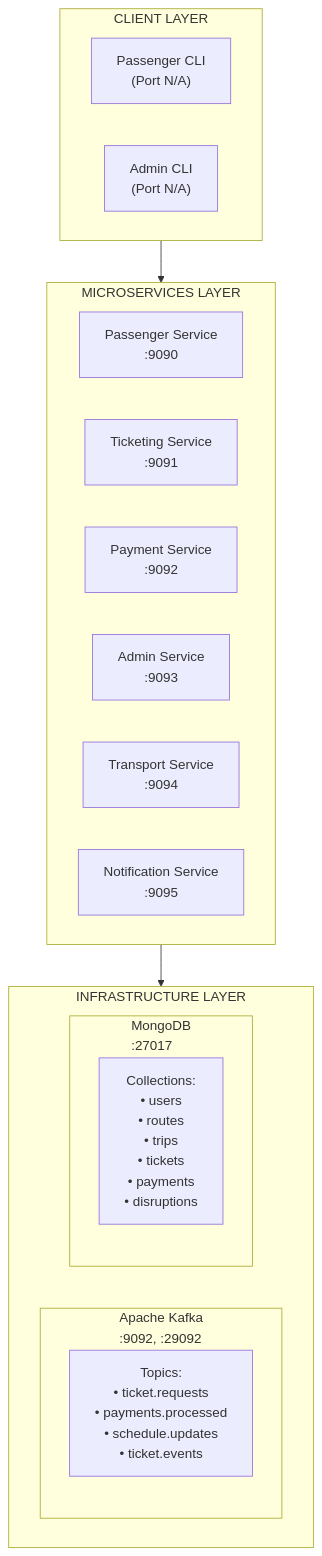
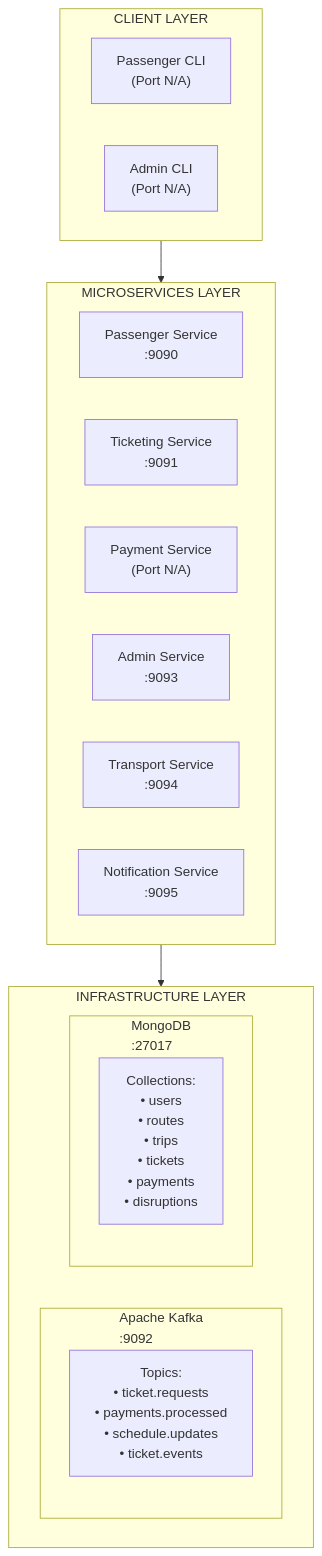
The diagram in Readme.md (SilvioIvanio/smart-ticketing-system), drawn with Mermaid before and after one commit.

````diff
--- a/Readme.md
+++ b/Readme.md
@@ -84,29 +84,29 @@
 ```mermaid
 graph TD
     subgraph CLIENT["CLIENT LAYER"]
         CLI1["Passenger CLI<br/>(Port N/A)"]
         CLI2["Admin CLI<br/>(Port N/A)"]
     end
 
     subgraph MICROSERVICES["MICROSERVICES LAYER"]
         PS["Passenger Service<br/>:9090"]
         TS["Ticketing Service<br/>:9091"]
-        PMS["Payment Service<br/>:9092"]
+        PMS["Payment Service<br/>(Port N/A)"]
         AS["Admin Service<br/>:9093"]
         TRS["Transport Service<br/>:9094"]
         NS["Notification Service<br/>:9095"]
     end
 
     subgraph INFRASTRUCTURE["INFRASTRUCTURE LAYER"]
-        subgraph KAFKA["Apache Kafka<br/>:9092, :29092"]
+        subgraph KAFKA["Apache Kafka<br/>:9092"]
             KT["Topics:<br/>• ticket.requests<br/>• payments.processed<br/>• schedule.updates<br/>• ticket.events"]
         end
         subgraph MONGO["MongoDB<br/>:27017"]
             MC["Collections:<br/>• users<br/>• routes<br/>• trips<br/>• tickets<br/>• payments<br/>• disruptions"]
         end
     end
 
     CLIENT --> MICROSERVICES
     MICROSERVICES --> INFRASTRUCTURE
 
 ```
````
